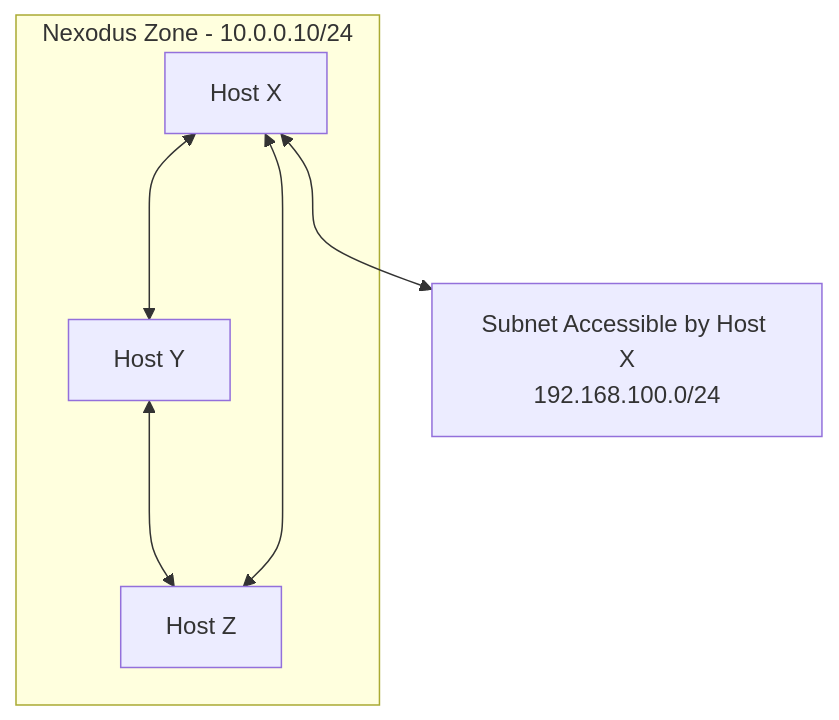
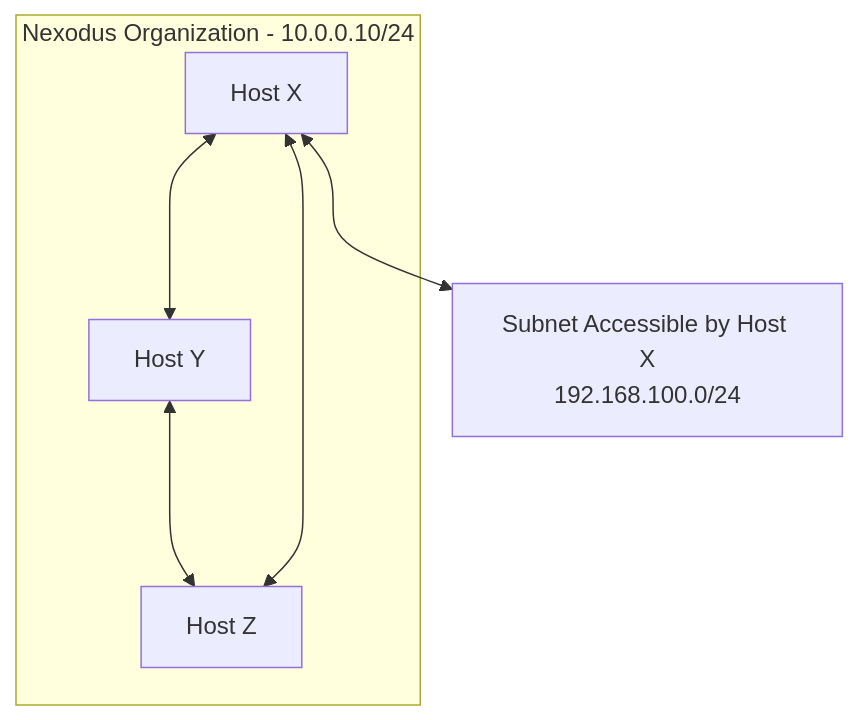
One commit to nexodus-io/nexodus changed the diagram in docs/user-guide/subnet-routers.md. Above: the diagram before and after it, drawn with Mermaid. The commit also changed other lines of this file and 11 other files, not shown here.

````diff
--- a/docs/user-guide/subnet-routers.md
+++ b/docs/user-guide/subnet-routers.md
@@ -18,10 +18,10 @@
 ```mermaid
 graph
-    subgraph "Nexodus Zone - 10.0.0.10/24"
+    subgraph "Nexodus Organization - 10.0.0.10/24"
         x[Host X]<---> y
         y[Host Y]<---> z[Host Z]
         x<--->z
     end
 
     x <---> s[Subnet Accessible by Host X<br/>192.168.100.0/24]
 ```
````
